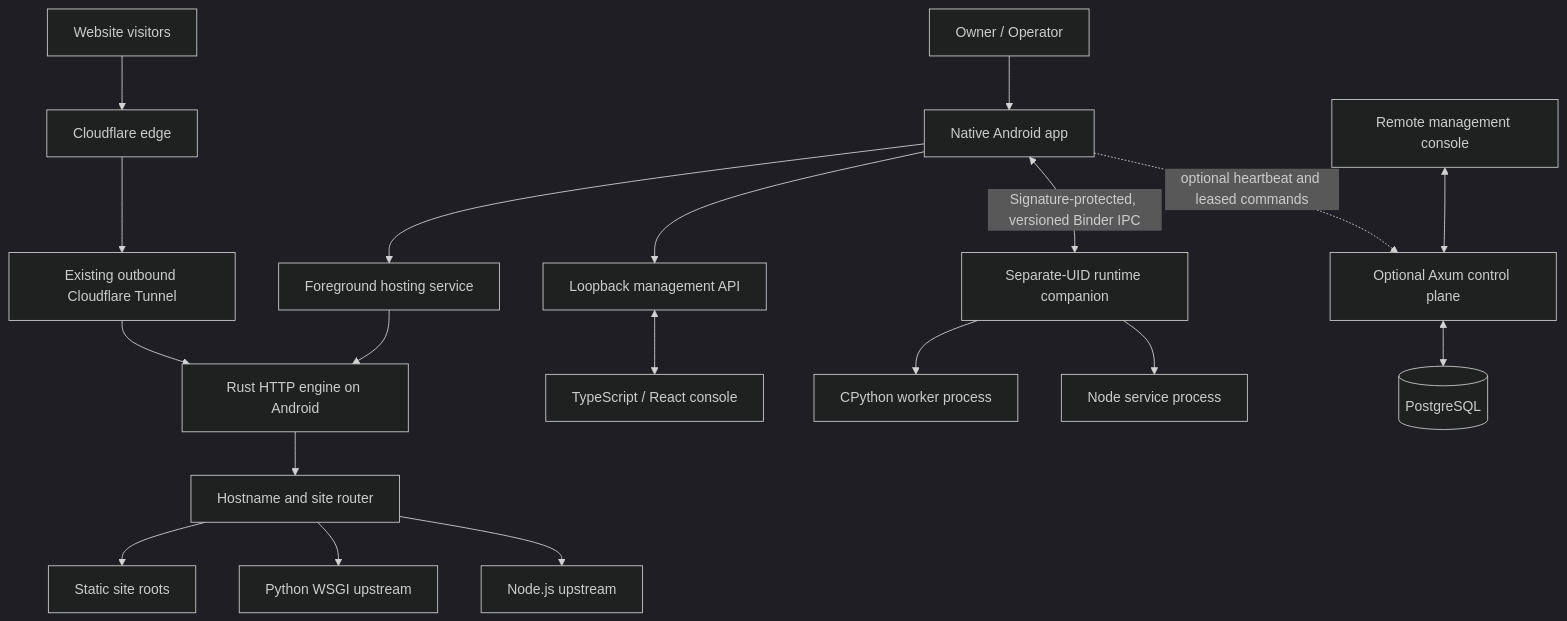
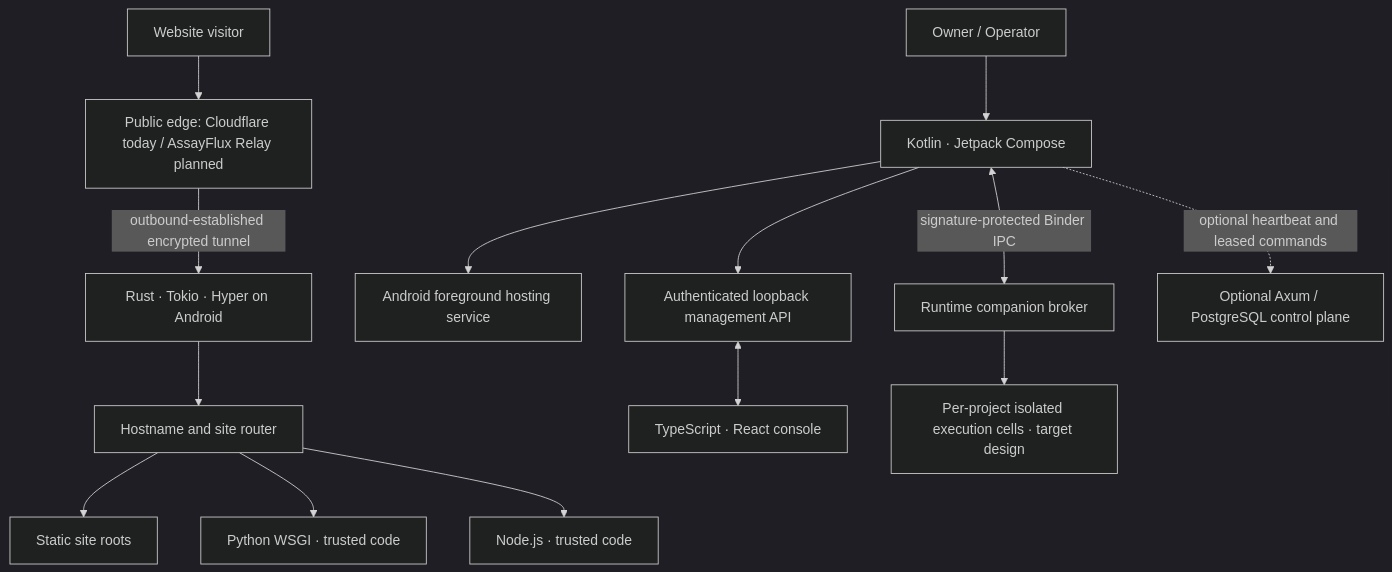
Before and after one commit to AssayFlux/PocketHost: the diagram in README.md, drawn with Mermaid (dark theme). The commit also changed other lines of this file, not shown here.

````diff
--- a/README.md
+++ b/README.md
@@ -92,24 +97,16 @@
 ```mermaid
 flowchart TB
-    Visitor[Website visitors] --> Edge[Cloudflare edge]
-    Edge --> Tunnel[Existing outbound Cloudflare Tunnel]
-    Tunnel --> Rust[Rust HTTP engine on Android]
-    Rust --> Router[Hostname and site router]
-    Router --> Static[Static site roots]
-    Router --> Python[Python WSGI upstream]
-    Router --> Node[Node.js upstream]
-
-    Owner[Owner / Operator] --> Android[Native Android app]
-    Android --> Service[Foreground hosting service]
-    Service --> Rust
-    Android --> API[Loopback management API]
-    API <--> Console[TypeScript / React console]
-
-    Android <-->|Signature-protected, versioned Binder IPC| Companion[Separate-UID runtime companion]
-    Companion --> PyWorker[CPython worker process]
-    Companion --> NodeWorker[Node service process]
-
-    Android -. optional heartbeat and leased commands .-> Control[Optional Axum control plane]
-    Control <--> DB[(PostgreSQL)]
-    Admin[Remote management console] <--> Control
+  V[Website visitor] --> EDGE[Public edge: Cloudflare today / AssayFlux Relay planned]
+  EDGE -->|outbound-established encrypted tunnel| RUST[Rust · Tokio · Hyper on Android]
+  RUST --> ROUTER[Hostname and site router]
+  ROUTER --> STATIC[Static site roots]
+  ROUTER --> PY[Python WSGI · trusted code]
+  ROUTER --> NODE[Node.js · trusted code]
+  OWNER[Owner / Operator] --> APP[Kotlin · Jetpack Compose]
+  APP --> SERVICE[Android foreground hosting service]
+  APP --> API[Authenticated loopback management API]
+  API <--> CONSOLE[TypeScript · React console]
+  APP <-->|signature-protected Binder IPC| BROKER[Runtime companion broker]
+  BROKER --> CELLS[Per-project isolated execution cells · target design]
+  APP -. optional heartbeat and leased commands .-> CP[Optional Axum / PostgreSQL control plane]
 ```
````
